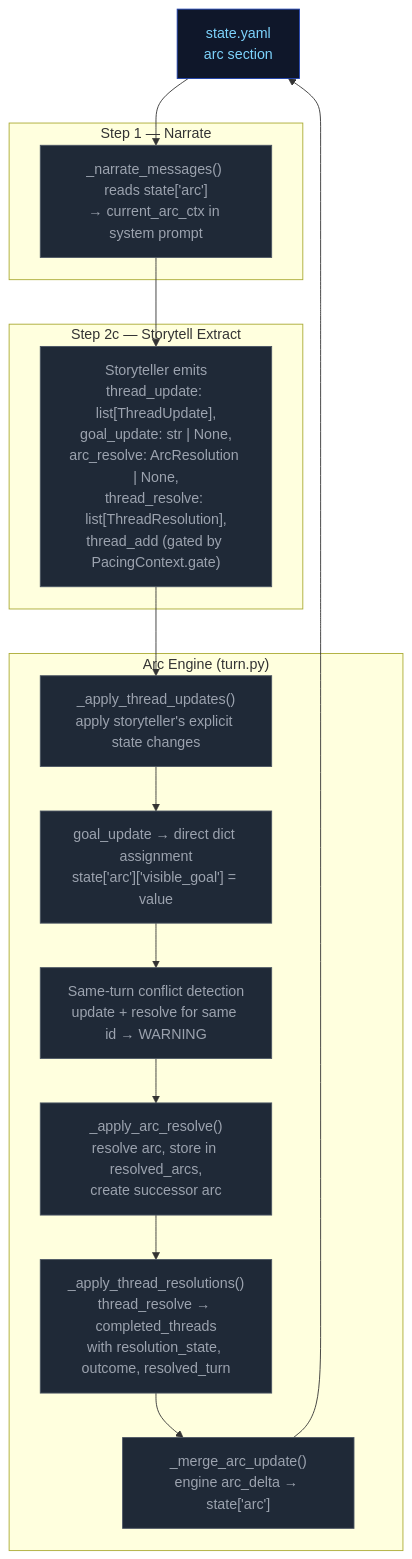
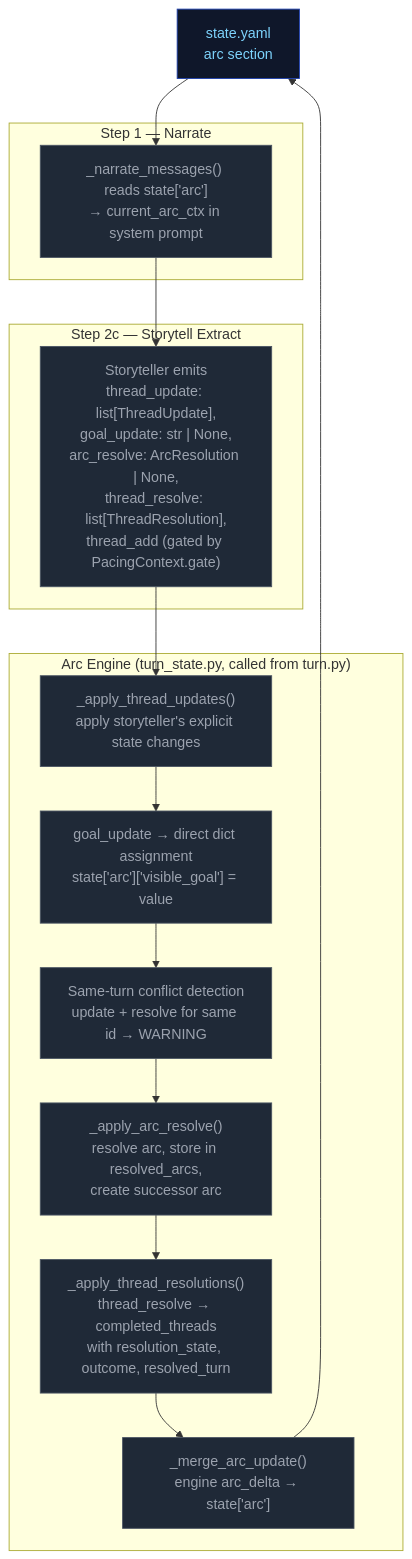
One commit to pww217/fablethread changed the fourth of 4 diagrams in docs/architecture/step2c-storytell.md. Above: the diagram before and after it, drawn with Mermaid. The commit also changed other lines of this file and 15 other files, not shown here.

Commit message:
docs: architectural accuracy pass

````diff
--- a/docs/architecture/step2c-storytell.md
+++ b/docs/architecture/step2c-storytell.md
@@ -260,34 +260,34 @@
 ```mermaid
 flowchart TD
     classDef stageRules fill:#4c1d95,color:#ddd6fe,stroke:#7c3aed
     classDef stageNarrate fill:#1e3a5f,color:#bfdbfe,stroke:#3b82f6
     classDef stageProgress fill:#500724,color:#fbcfe8,stroke:#ec4899
     classDef pyNode fill:#1f2937,color:#9ca3af,stroke:#4b5563
     classDef arcNode fill:#3b0764,color:#e9d5ff,stroke:#7c3aed
     classDef storageNode fill:#0f172a,color:#7dd3fc,stroke:#1e40af
 
     STATE["state.yaml<br>arc section"]:::storageNode
 
     subgraph NARRATE["Step 1 — Narrate"]
         N1["_narrate_messages() reads state['arc']<br>→ current_arc_ctx in system prompt"]:::pyNode
     end
 
     subgraph EXTRACT["Step 2c — Storytell Extract"]
         E1["Storyteller emits<br>thread_update: list[ThreadUpdate],<br>goal_update: str | None,<br>arc_resolve: ArcResolution | None,<br>thread_resolve: list[ThreadResolution],<br>thread_add (gated by PacingContext.gate)"]:::pyNode
     end
 
-    subgraph ARC_ENGINE["Arc Engine (turn.py)"]
+    subgraph ARC_ENGINE["Arc Engine (turn_state.py, called from turn.py)"]
         A1["_apply_thread_updates()<br>apply storyteller's explicit state changes"]:::pyNode
         A2["goal_update → direct dict assignment<br>state['arc']['visible_goal'] = value"]:::pyNode
         A3["Same-turn conflict detection<br>update + resolve for same id → WARNING"]:::pyNode
         A4["_apply_arc_resolve()<br>resolve arc, store in resolved_arcs,<br>create successor arc"]:::pyNode
         A5["_apply_thread_resolutions()<br>thread_resolve → completed_threads<br>with resolution_state, outcome, resolved_turn"]:::pyNode
         A6["_merge_arc_update()<br>engine arc_delta → state['arc']"]:::pyNode
     end
 
     STATE --> N1
     N1 --> E1
     E1 --> A1 --> A2 --> A3 --> A4 --> A5 --> A6
 
     A6 --> STATE
 ```
````
